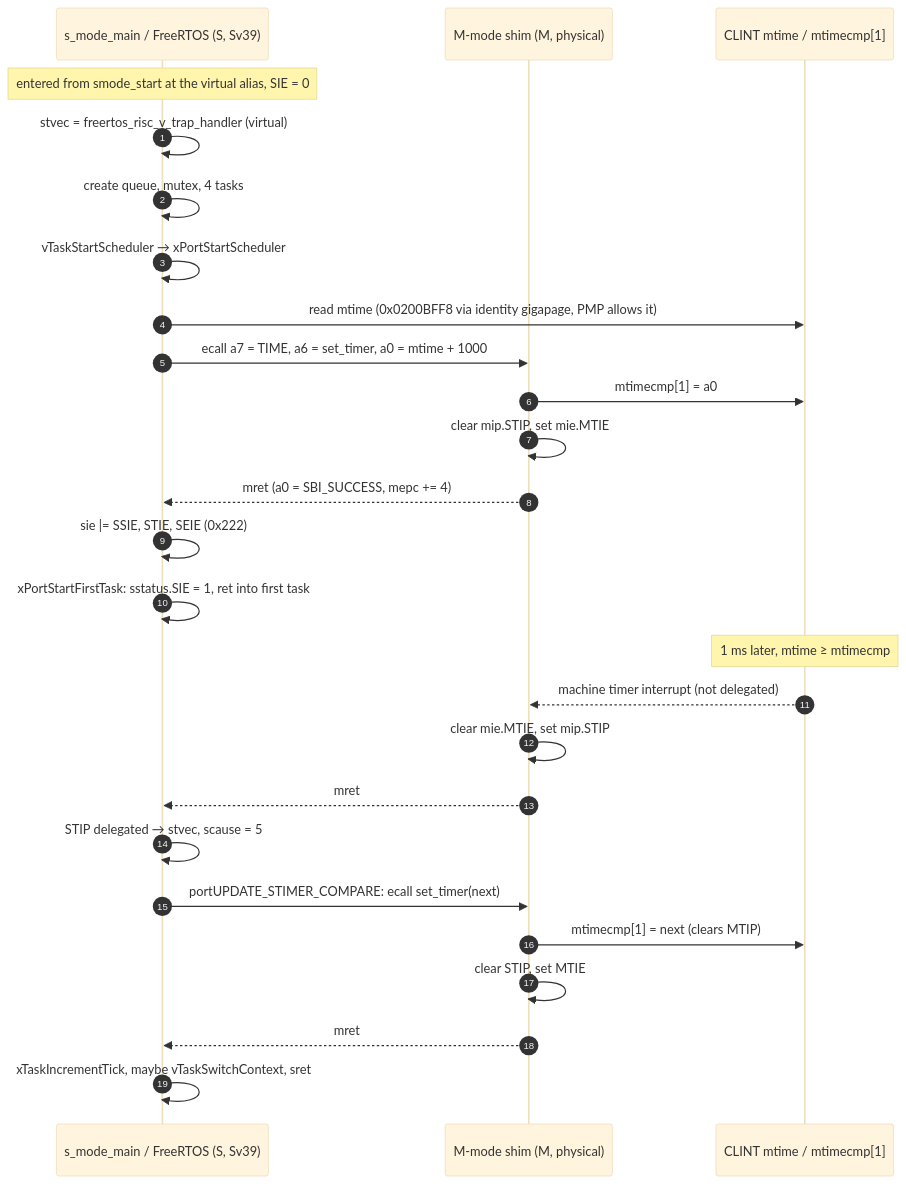
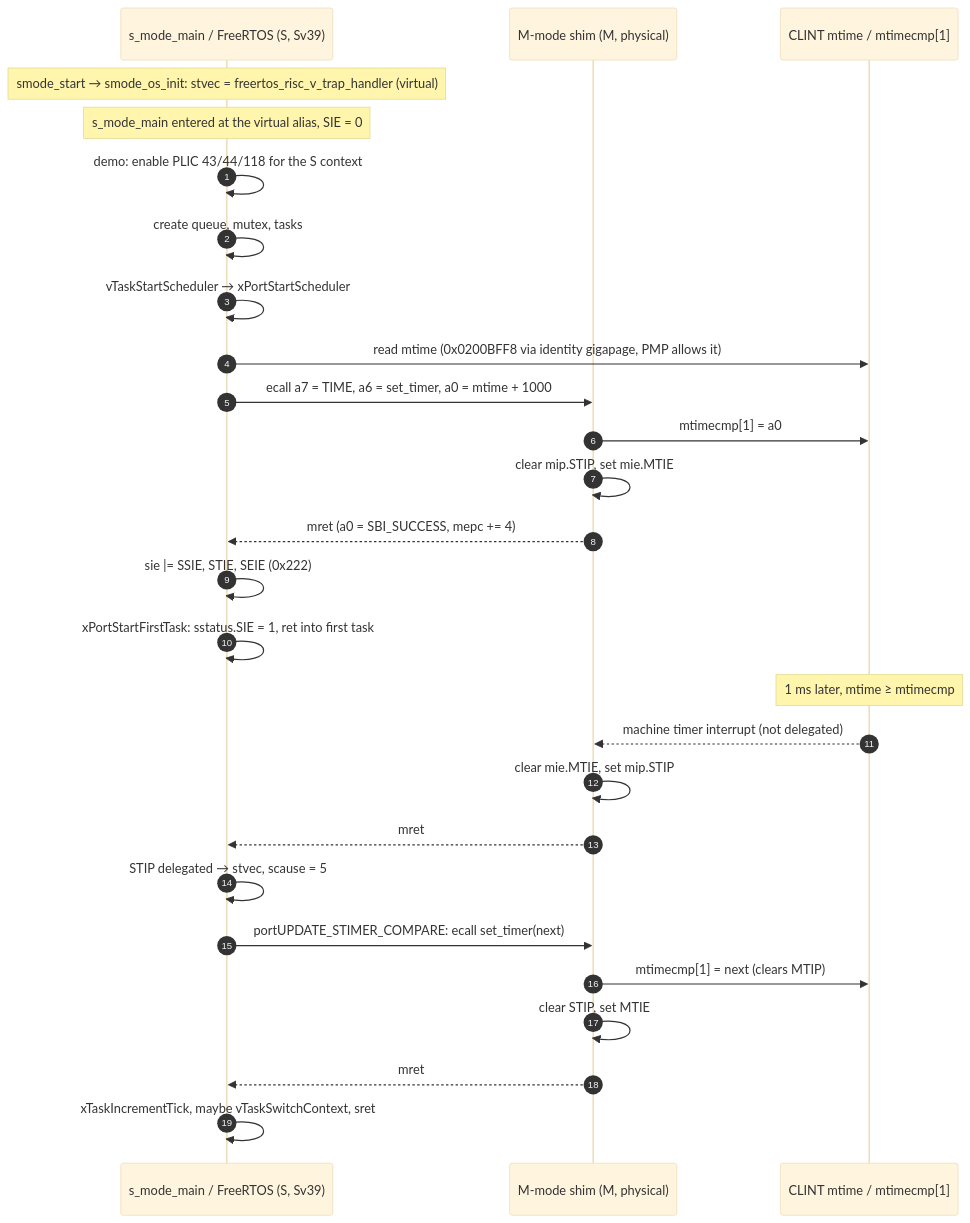
Diagram 12 of 12 in docs/boot-to-smode.md (InuyashaITB/mpfs-freertos-smode), drawn with Mermaid (base theme) before and after one commit. The commit also changed other lines of this file and 37 other files, not shown here.

````diff
--- a/docs/boot-to-smode.md
+++ b/docs/boot-to-smode.md
@@ -435,30 +433,31 @@
 ```mermaid
 sequenceDiagram
     autonumber
     participant S as s_mode_main / FreeRTOS (S, Sv39)
     participant M as M-mode shim (M, physical)
     participant CLINT as CLINT mtime / mtimecmp[1]
 
-    Note over S: entered from smode_start at the virtual alias, SIE = 0
-    S->>S: stvec = freertos_risc_v_trap_handler (virtual)
-    S->>S: create queue, mutex, 4 tasks
+    Note over S: smode_start → smode_os_init: stvec = freertos_risc_v_trap_handler (virtual)
+    Note over S: s_mode_main entered at the virtual alias, SIE = 0
+    S->>S: demo: enable PLIC 43/44/118 for the S context
+    S->>S: create queue, mutex, tasks
     S->>S: vTaskStartScheduler → xPortStartScheduler
     S->>CLINT: read mtime (0x0200BFF8 via identity gigapage, PMP allows it)
     S->>M: ecall a7 = TIME, a6 = set_timer, a0 = mtime + 1000
     M->>CLINT: mtimecmp[1] = a0
     M->>M: clear mip.STIP, set mie.MTIE
     M-->>S: mret (a0 = SBI_SUCCESS, mepc += 4)
     S->>S: sie |= SSIE, STIE, SEIE (0x222)
     S->>S: xPortStartFirstTask: sstatus.SIE = 1, ret into first task
 
     Note over CLINT: 1 ms later, mtime ≥ mtimecmp
     CLINT-->>M: machine timer interrupt (not delegated)
     M->>M: clear mie.MTIE, set mip.STIP
     M-->>S: mret
     S->>S: STIP delegated → stvec, scause = 5
     S->>M: portUPDATE_STIMER_COMPARE: ecall set_timer(next)
     M->>CLINT: mtimecmp[1] = next (clears MTIP)
     M->>M: clear STIP, set MTIE
     M-->>S: mret
     S->>S: xTaskIncrementTick, maybe vTaskSwitchContext, sret
 ```
````
